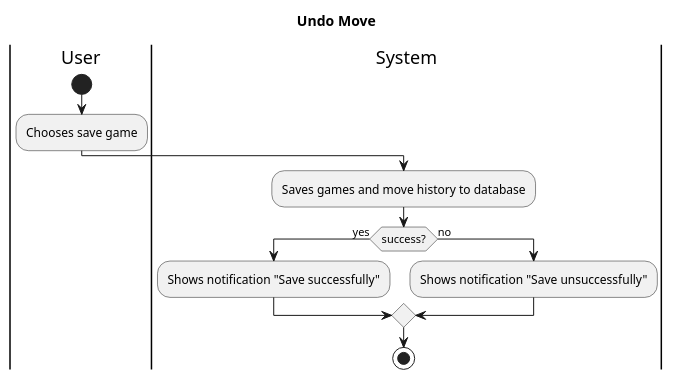
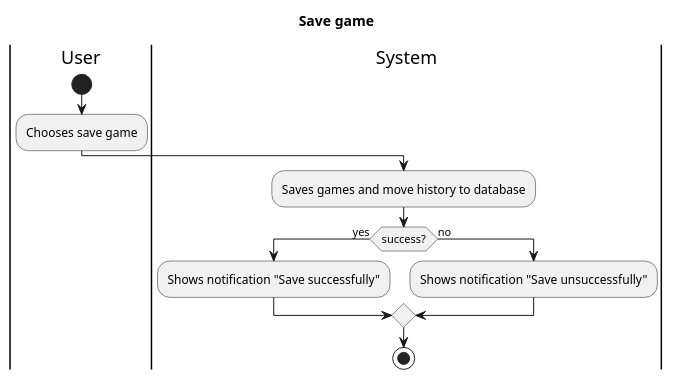
The diagram in activity/save-game.puml (duyhq-zee1/chess-game), drawn with PlantUML before and after one commit. The commit also changed 2 other files, not shown here.

Commit message:
docs: move chess piece

```diff
--- a/activity/save-game.puml
+++ b/activity/save-game.puml
@@ -1,15 +1,15 @@
 @startuml "Activity diagram"
-title "Undo Move"
+title "Save game"
 |User|
 start
 :Chooses save game;
 |System|
 :Saves games and move history to database;
 if (success?) then (yes)
     :Shows notification "Save successfully";
 else (no)
     :Shows notification "Save unsuccessfully";
 endif
 
 stop
 @enduml
```
